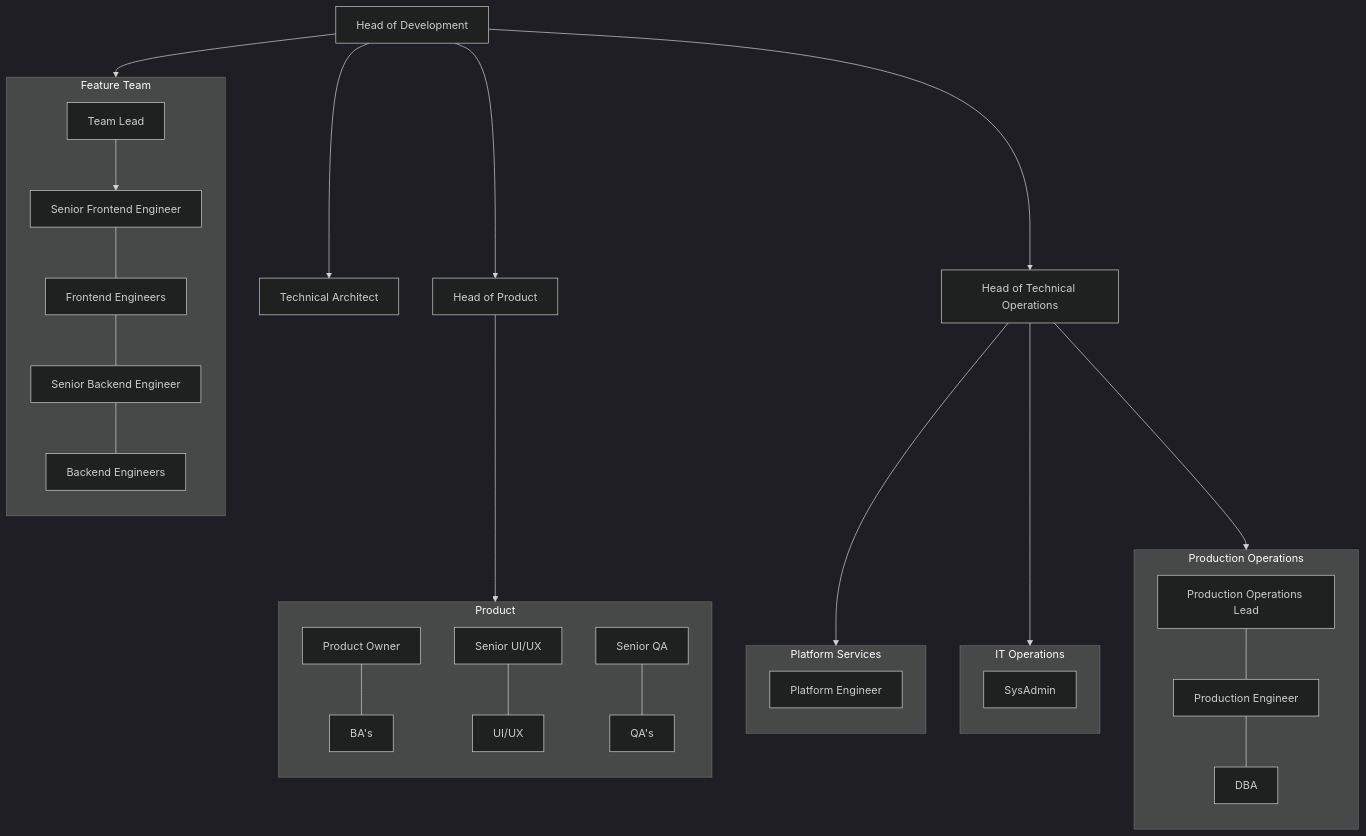
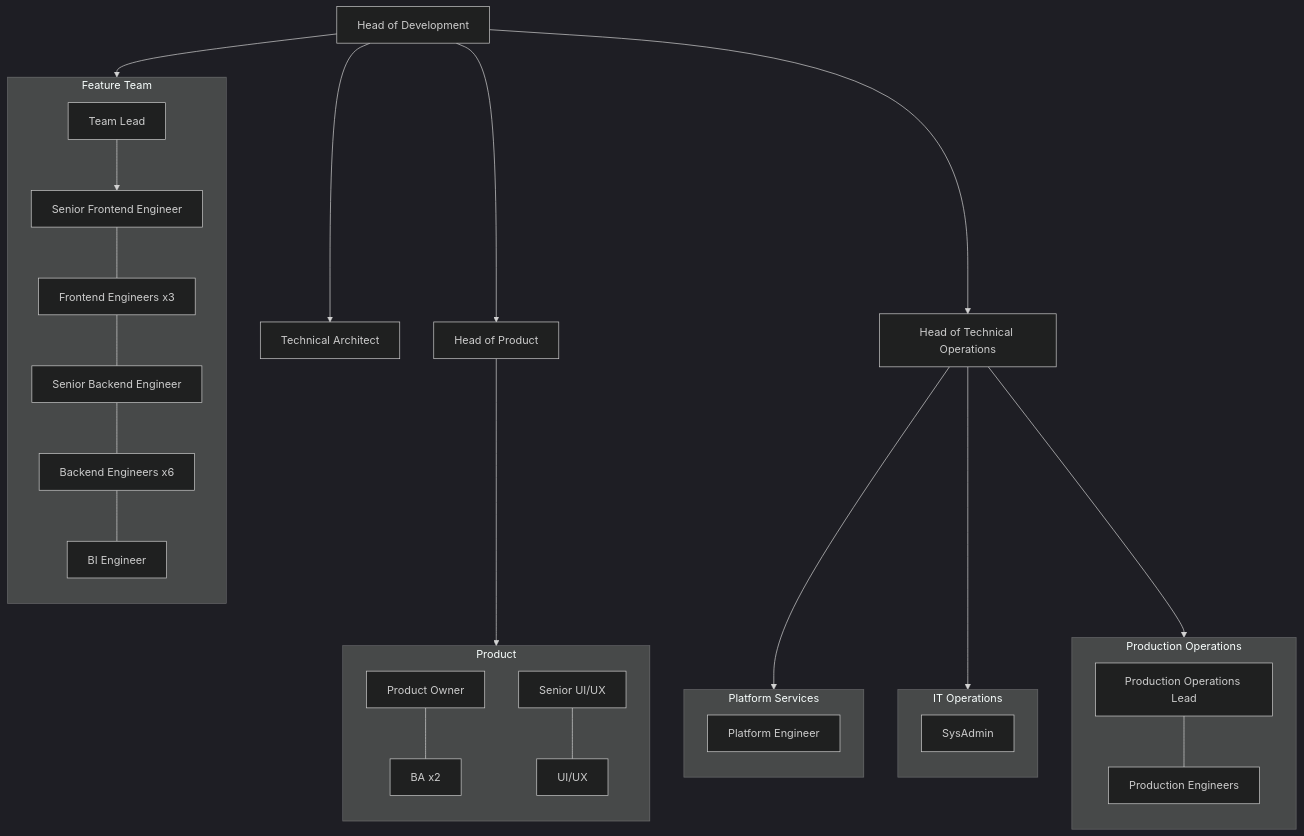
Before and after one commit to michaeljholmes/OrgNetlify: the diagram in OrganisationChart.md, drawn with Mermaid (dark theme).

Commit message:
latest org chart

````diff
--- a/OrganisationChart.md
+++ b/OrganisationChart.md
@@ -4,63 +4,61 @@
 ```mermaid
 flowchart TB
     HOD[Head of Development]
 
     HOD --> TA[Technical Architect]
     HOD --> HOP[Head of Product]
     HOD --> HTO[Head of Technical Operations]
 
     HOD --> FT1
 
     subgraph FT1[Feature Team]
         direction TB
         TL[Team Lead]
         SFE[Senior Frontend Engineer]
-        FE1[Frontend Engineers]
+        FE1[Frontend Engineers x3]
         SBE[Senior Backend Engineer]
-        BE1[Backend Engineers]
+        BE1[Backend Engineers x6]
+        BI[BI Engineer]
 
         TL --> SFE
         SFE --- FE1
         FE1 --- SBE
         SBE --- BE1
+        BE1 --- BI
     end
 
     subgraph PRODUCT[Product]
         direction TB
         PO[Product Owner]
-        BA[BA's]
+        BA[BA x2]
         HOUIUX[Senior UI/UX]
         UX[UI/UX]
-        HOQA[Senior QA]
-        QA2[QA's]
+
 
         PO --- BA
         HOUIUX --- UX
-        HOQA --- QA2
     end
     HOP --> PRODUCT
 
     subgraph PLATFORM_SERVICES[Platform Services]
         direction TB
         PE[Platform Engineer]
     end
 
     subgraph ITOPS[IT Operations]
         direction TB
         SA[SysAdmin]
     end
 
     subgraph PRODUCTION[Production Operations]
         direction TB
         POL[Production Operations Lead]
-        PRODE[Production Engineer]
-        DBA[DBA]
+        PRODE[Production Engineers]
 
         POL --- PRODE
-        PRODE --- DBA
     end
 
     HTO --> PLATFORM_SERVICES
     HTO --> ITOPS
     HTO --> PRODUCTION
 ```
````
